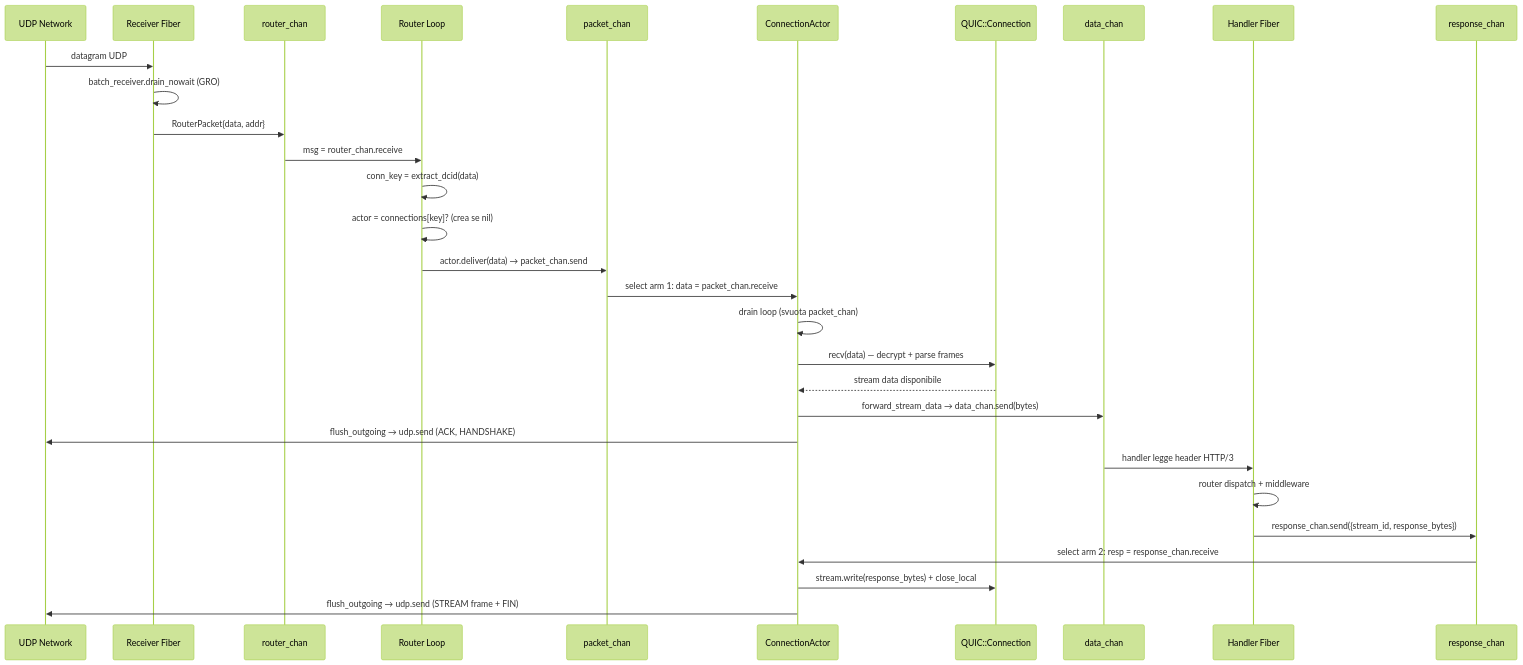
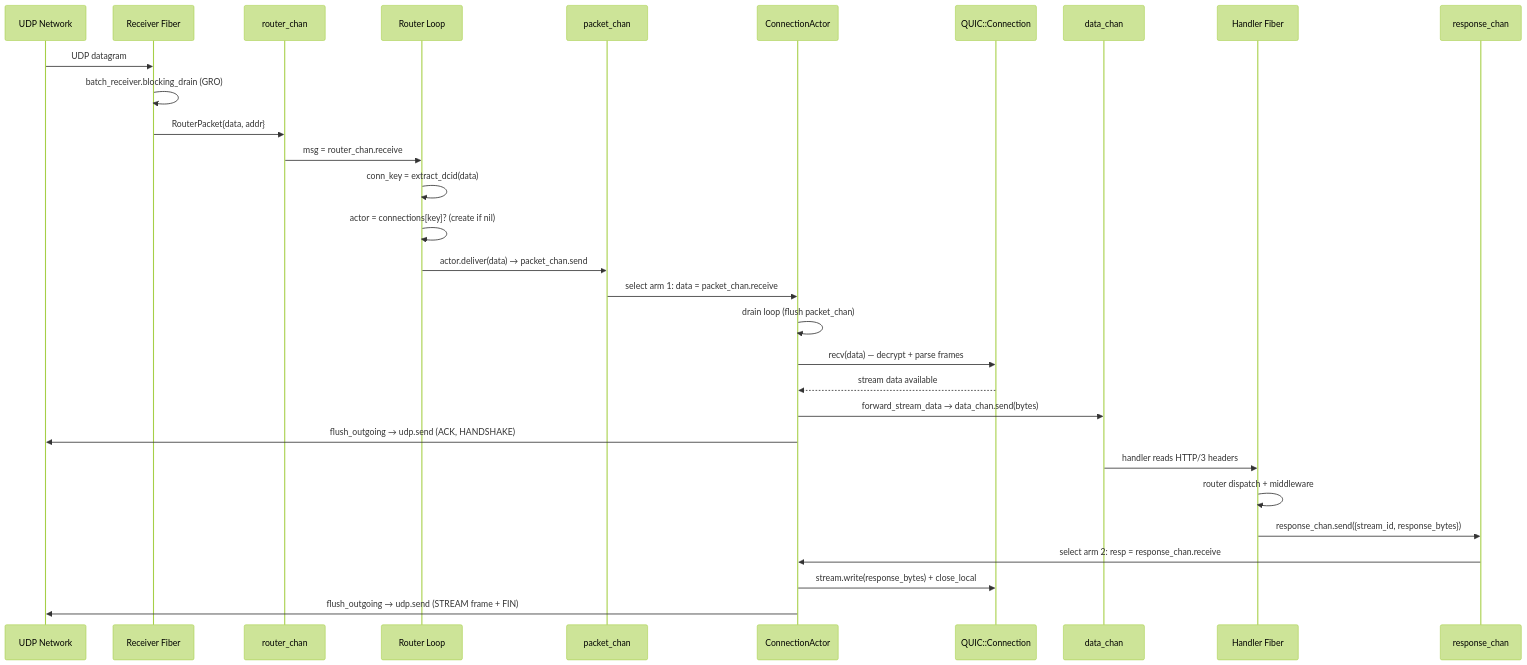
One commit to eltony81/quic.cr changed the sixth of 9 diagrams in actormodel.md. Above: the diagram before and after it, drawn with Mermaid (forest theme). The commit also changed other lines of this file and 37 other files, not shown here.

````diff
--- a/actormodel.md
+++ b/actormodel.md
@@ -213,37 +211,37 @@
 ```mermaid
 sequenceDiagram
     participant NET as UDP Network
     participant RF as Receiver Fiber
     participant RC as router_chan
     participant RL as Router Loop
     participant PC as packet_chan
     participant CA as ConnectionActor
     participant QC as QUIC::Connection
     participant DC as data_chan
     participant HF as Handler Fiber
     participant RPC as response_chan
 
-    NET->>RF: datagram UDP
-    RF->>RF: batch_receiver.drain_nowait (GRO)
+    NET->>RF: UDP datagram
+    RF->>RF: batch_receiver.blocking_drain (GRO)
     RF->>RC: RouterPacket{data, addr}
 
     RC->>RL: msg = router_chan.receive
     RL->>RL: conn_key = extract_dcid(data)
-    RL->>RL: actor = connections[key]? (crea se nil)
+    RL->>RL: actor = connections[key]? (create if nil)
     RL->>PC: actor.deliver(data) → packet_chan.send
 
     PC->>CA: select arm 1: data = packet_chan.receive
-    CA->>CA: drain loop (svuota packet_chan)
+    CA->>CA: drain loop (flush packet_chan)
     CA->>QC: recv(data) — decrypt + parse frames
-    QC-->>CA: stream data disponibile
+    QC-->>CA: stream data available
     CA->>DC: forward_stream_data → data_chan.send(bytes)
     CA->>NET: flush_outgoing → udp.send (ACK, HANDSHAKE)
 
-    DC->>HF: handler legge header HTTP/3
+    DC->>HF: handler reads HTTP/3 headers
     HF->>HF: router dispatch + middleware
     HF->>RPC: response_chan.send({stream_id, response_bytes})
 
     RPC->>CA: select arm 2: resp = response_chan.receive
     CA->>QC: stream.write(response_bytes) + close_local
     CA->>NET: flush_outgoing → udp.send (STREAM frame + FIN)
 ```
````
